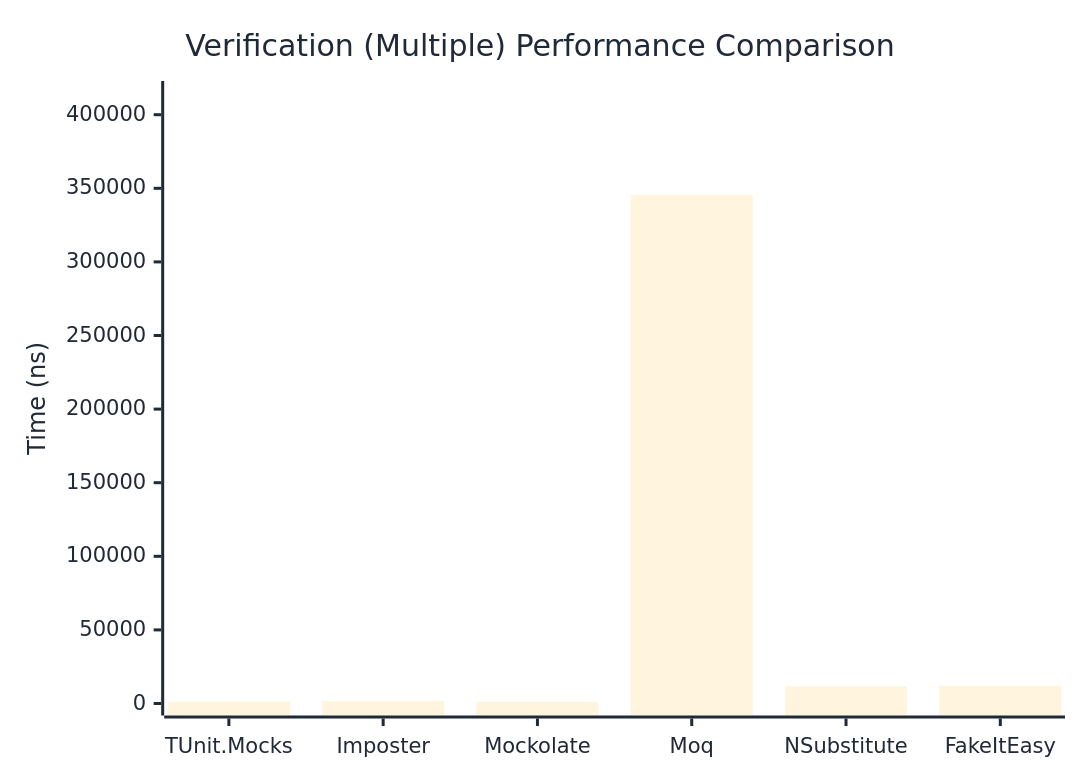
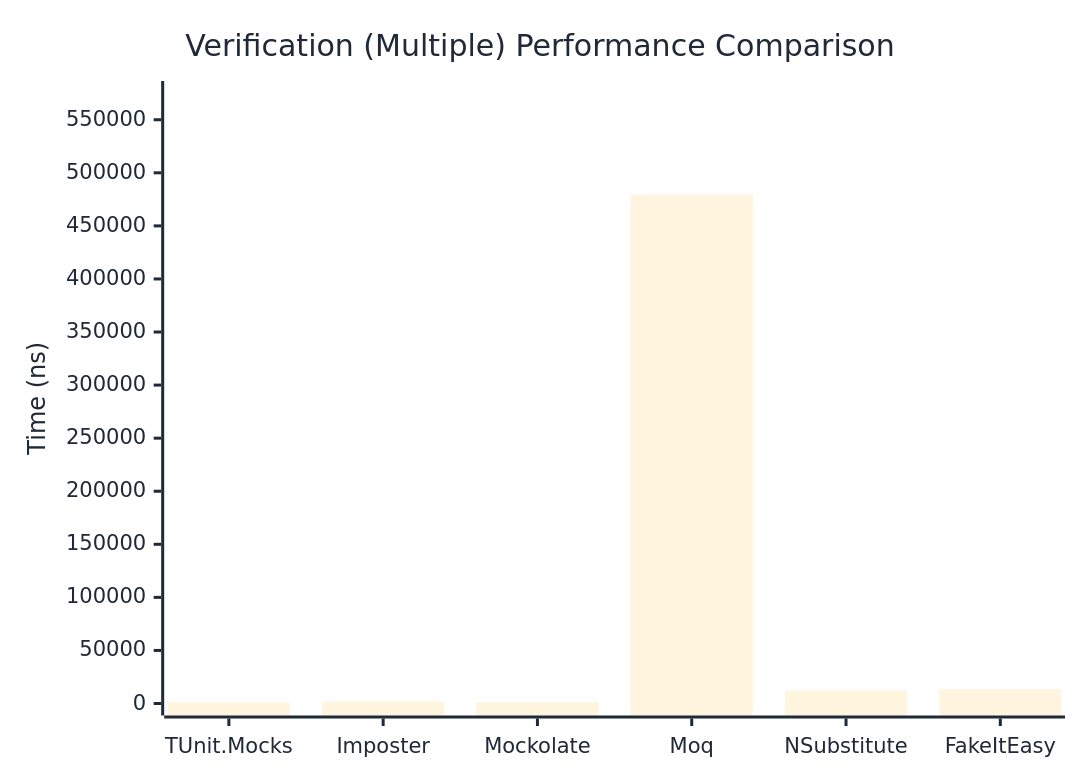
Before and after one commit to thomhurst/TUnit: the third of 3 diagrams in docs/docs/benchmarks/mocks/Verification.md, drawn with Mermaid. The commit also changed other lines of this file and 14 other files, not shown here.

````diff
--- a/docs/docs/benchmarks/mocks/Verification.md
+++ b/docs/docs/benchmarks/mocks/Verification.md
@@ -112,27 +112,27 @@
 ```mermaid
 %%{init: {
   'theme':'base',
   'themeVariables': {
     'primaryColor': '#2563eb',
     'primaryTextColor': '#1f2937',
     'primaryBorderColor': '#1e40af',
     'lineColor': '#6b7280',
     'secondaryColor': '#7c3aed',
     'tertiaryColor': '#dc2626',
     'background': '#ffffff',
     'pie1': '#2563eb',
     'pie2': '#7c3aed',
     'pie3': '#dc2626',
     'pie4': '#f59e0b',
     'pie5': '#10b981',
     'pie6': '#06b6d4',
     'pie7': '#ec4899',
     'pie8': '#6366f1'
   }
 }}%%
 xychart-beta
   title "Verification (Multiple) Performance Comparison"
   x-axis ["TUnit.Mocks", "Imposter", "Mockolate", "Moq", "NSubstitute", "FakeItEasy"]
-  y-axis "Time (ns)" 0 --> 414746
-  bar [1337.05, 1822.91, 1162.26, 345620.84, 11711.81, 12091.56]
+  y-axis "Time (ns)" 0 --> 575203
+  bar [1241.51, 1733.9, 1080.7, 479335.15, 12201.92, 13539.02]
 ```
````
